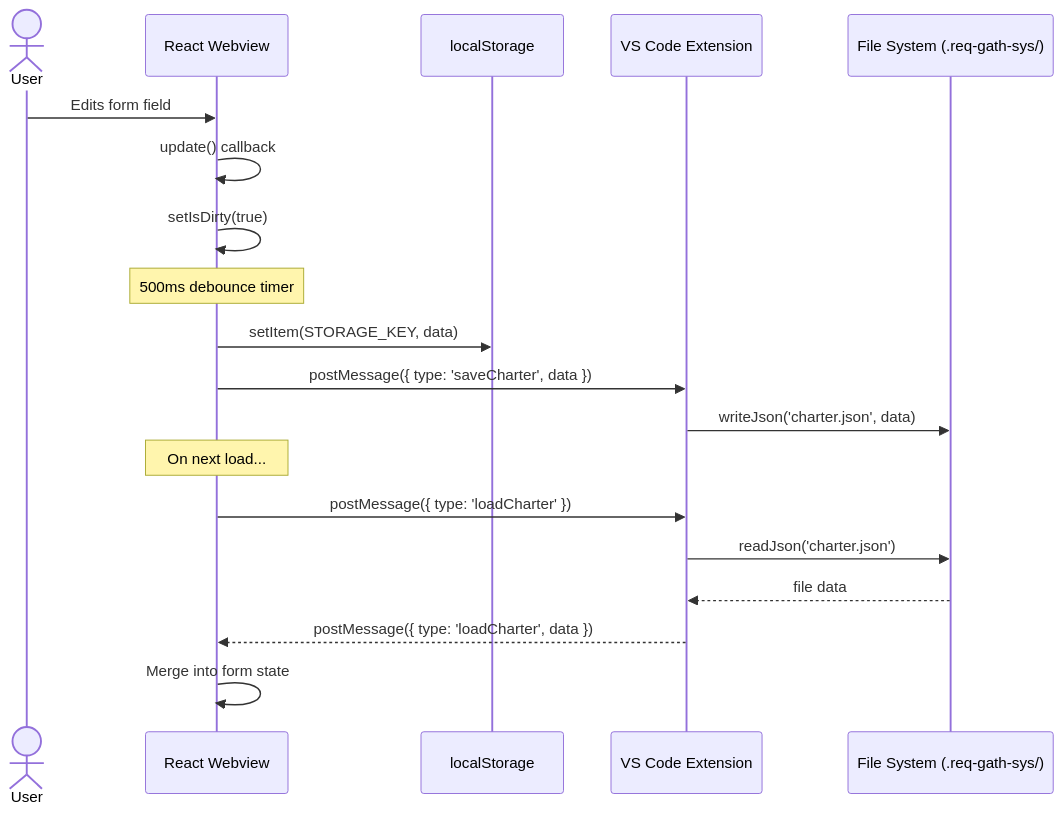
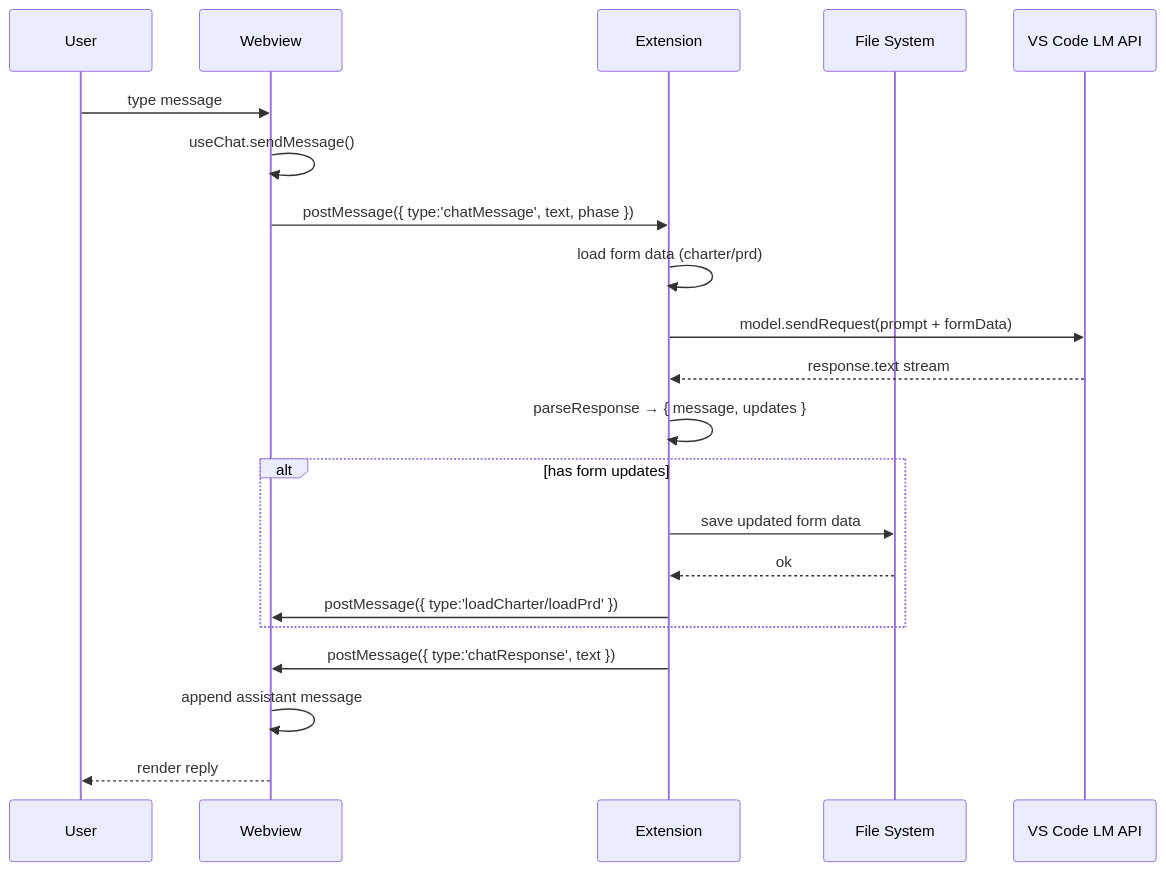
The second of 3 diagrams in ARCHITECTURE.md (MoneebbYCh/CharterAi), drawn with Mermaid before and after one commit. The commit also changed other lines of this file and 10 other files, not shown here.

````diff
--- a/ARCHITECTURE.md
+++ b/ARCHITECTURE.md
@@ -269,27 +93,24 @@
 ```mermaid
 sequenceDiagram
-    actor User
-    participant Webview as React Webview
-    participant LS as localStorage
-    participant Ext as VS Code Extension
-    participant FS as File System (.req-gath-sys/)
+  participant U as User
+  participant W as Webview
+  participant E as Extension
+  participant FS as File System
+  participant LM as VS Code LM API
 
-    User->>Webview: Edits form field
-    Webview->>Webview: update() callback
-    Webview->>Webview: setIsDirty(true)
-
-    Note over Webview: 500ms debounce timer
-
-    Webview->>LS: setItem(STORAGE_KEY, data)
-    Webview->>Ext: postMessage({ type: 'saveCharter', data })
-
-    Ext->>FS: writeJson('charter.json', data)
-
-    Note over Webview: On next load...
-
-    Webview->>Ext: postMessage({ type: 'loadCharter' })
-    Ext->>FS: readJson('charter.json')
-    FS-->>Ext: file data
-    Ext-->>Webview: postMessage({ type: 'loadCharter', data })
-    Webview->>Webview: Merge into form state
+  U->>W: type message
+  W->>W: useChat.sendMessage()
+  W->>E: postMessage({ type:'chatMessage', text, phase })
+  E->>E: load form data (charter/prd)
+  E->>LM: model.sendRequest(prompt + formData)
+  LM-->>E: response.text stream
+  E->>E: parseResponse → { message, updates }
+  alt has form updates
+    E->>FS: save updated form data
+    FS-->>E: ok
+    E->>W: postMessage({ type:'loadCharter/loadPrd' })
+  end
+  E->>W: postMessage({ type:'chatResponse', text })
+  W->>W: append assistant message
+  W-->>U: render reply
 ```
````
